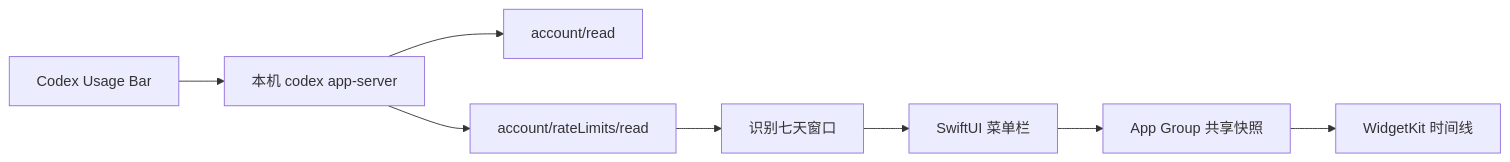
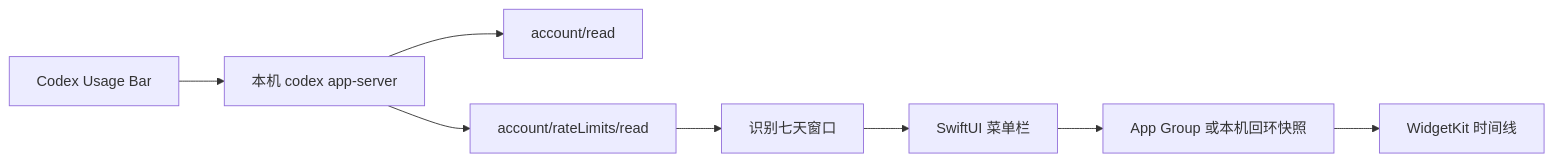
The diagram in README.zh-CN.md (CMMUU/codex-usage-bar), drawn with Mermaid before and after one commit. The commit also changed other lines of this file and 18 other files, not shown here.

````diff
--- a/README.zh-CN.md
+++ b/README.zh-CN.md
@@ -93,10 +93,10 @@
 ```mermaid
 flowchart LR
     A["Codex Usage Bar"] --> B["本机 codex app-server"]
     B --> C["account/read"]
     B --> D["account/rateLimits/read"]
     D --> E["识别七天窗口"]
     E --> F["SwiftUI 菜单栏"]
-    F --> G["App Group 共享快照"]
+    F --> G["App Group 或本机回环快照"]
     G --> H["WidgetKit 时间线"]
 ```
````
